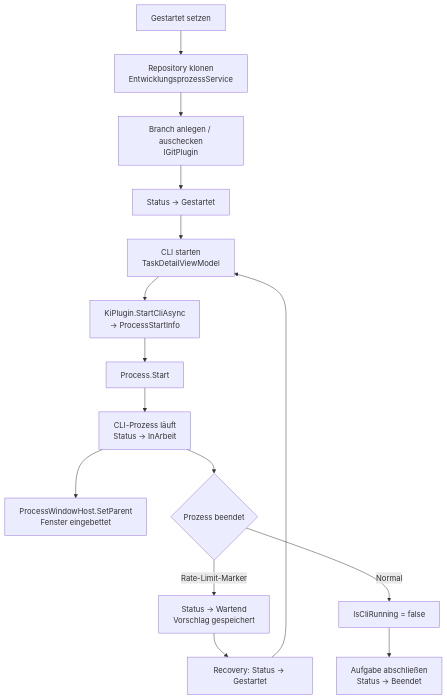
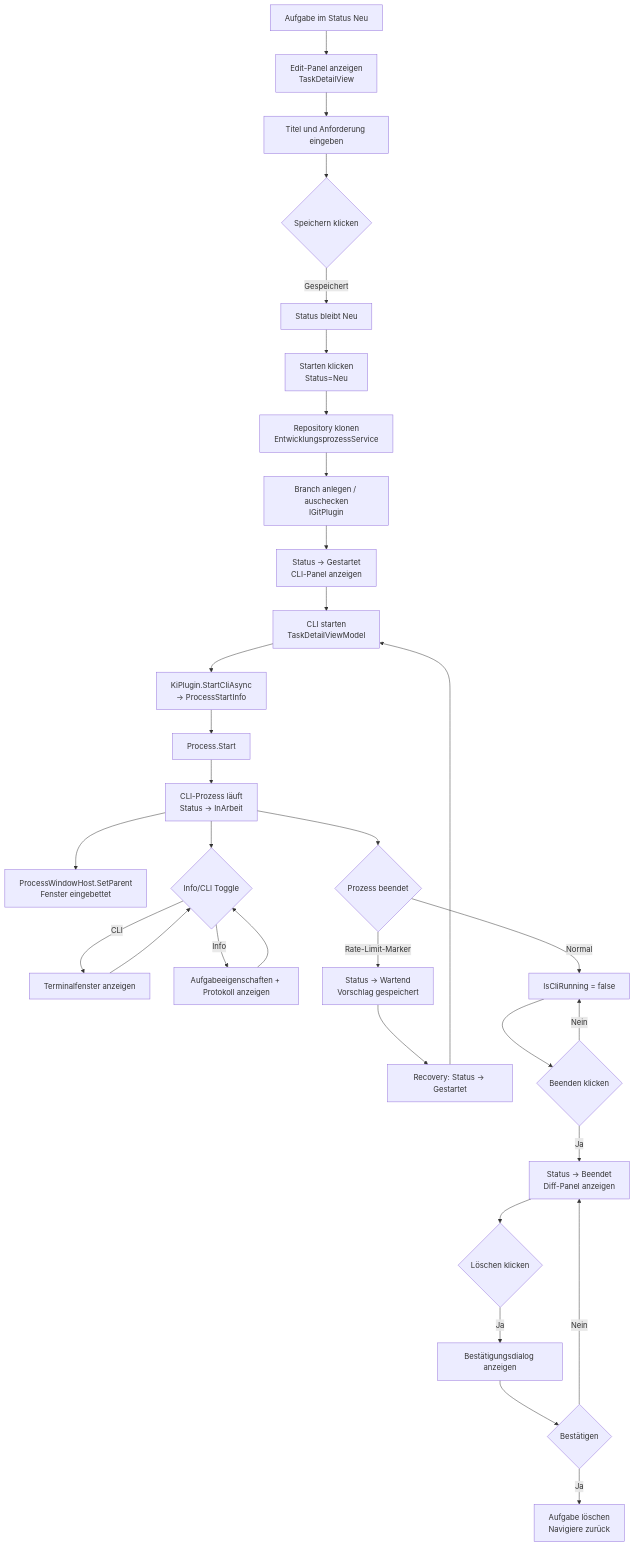
One commit to martin-stromberg/Softwareschmiede changed the diagram in docs/help/aufgaben/ablauf-technisch.md. Above: the diagram before and after it, drawn with Mermaid. The commit also changed other lines of this file and 4 other files, not shown here.

````diff
--- a/docs/help/aufgaben/ablauf-technisch.md
+++ b/docs/help/aufgaben/ablauf-technisch.md
@@ -56,17 +108,34 @@
 ```mermaid
 flowchart TD
-    A[Gestartet setzen] --> B[Repository klonen\nEntwicklungsprozessService]
-    B --> C[Branch anlegen / auschecken\nIGitPlugin]
-    C --> D[Status → Gestartet]
-    D --> E[CLI starten\nTaskDetailViewModel]
-    E --> F[KiPlugin.StartCliAsync\n→ ProcessStartInfo]
-    F --> G[Process.Start]
-    G --> H[CLI-Prozess läuft\nStatus → InArbeit]
-    H --> I[ProcessWindowHost.SetParent\nFenster eingebettet]
-    H --> J{Prozess beendet}
-    J -- Rate-Limit-Marker --> K[Status → Wartend\nVorschlag gespeichert]
-    J -- Normal --> L[IsCliRunning = false]
-    K --> M[Recovery: Status → Gestartet]
-    M --> E
-    L --> N[Aufgabe abschließen\nStatus → Beendet]
+    A[Aufgabe im Status Neu] --> B[Edit-Panel anzeigen\nTaskDetailView]
+    B --> C[Titel und Anforderung eingeben]
+    C --> D{Speichern klicken}
+    D -- Gespeichert --> E[Status bleibt Neu]
+    E --> F[Starten klicken\nStatus=Neu]
+    F --> G[Repository klonen\nEntwicklungsprozessService]
+    G --> H[Branch anlegen / auschecken\nIGitPlugin]
+    H --> I[Status → Gestartet\nCLI-Panel anzeigen]
+    I --> J[CLI starten\nTaskDetailViewModel]
+    J --> K[KiPlugin.StartCliAsync\n→ ProcessStartInfo]
+    K --> L[Process.Start]
+    L --> M[CLI-Prozess läuft\nStatus → InArbeit]
+    M --> N[ProcessWindowHost.SetParent\nFenster eingebettet]
+    M --> O{Info/CLI Toggle}
+    O -- CLI --> P[Terminalfenster anzeigen]
+    O -- Info --> Q[Aufgabeeigenschaften + Protokoll anzeigen]
+    P --> O
+    Q --> O
+    M --> R{Prozess beendet}
+    R -- Rate-Limit-Marker --> S[Status → Wartend\nVorschlag gespeichert]
+    R -- Normal --> T[IsCliRunning = false]
+    S --> U[Recovery: Status → Gestartet]
+    U --> J
+    T --> V{Beenden klicken}
+    V -- Ja --> W[Status → Beendet\nDiff-Panel anzeigen]
+    V -- Nein --> T
+    W --> X{Löschen klicken}
+    X -- Ja --> Y[Bestätigungsdialog anzeigen]
+    Y --> Z{Bestätigen}
+    Z -- Ja --> AA[Aufgabe löschen\nNavigiere zurück]
+    Z -- Nein --> W
 ```
````
